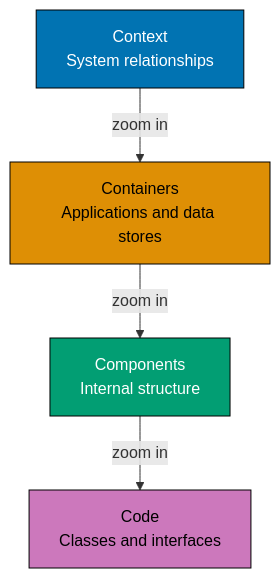
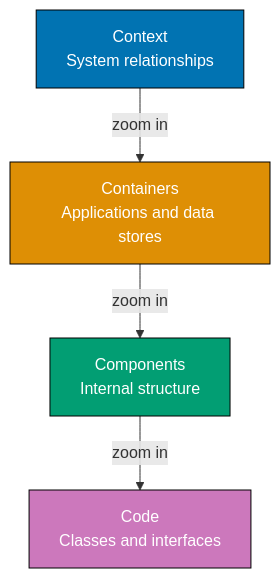
The first of 30 diagrams in apps/ayokoding-web/content/en/learn/software-engineering/architecture/c4-architecture-model/by-example/beginner.md (wahidyankf/open-sharia-enterprise), drawn with Mermaid before and after one commit. The commit also changed other lines of this file and 61 other files, not shown here.

First line of the commit message:
fix(ayokoding-web): quote Mermaid node labels with special characters in Example 63

````diff
--- a/apps/ayokoding-web/content/en/learn/software-engineering/architecture/c4-architecture-model/by-example/beginner.md
+++ b/apps/ayokoding-web/content/en/learn/software-engineering/architecture/c4-architecture-model/by-example/beginner.md
@@ -18,16 +18,16 @@
 ```mermaid
 graph TD
     A["Context<br/>System relationships"]
     B["Containers<br/>Applications and data stores"]
     C["Components<br/>Internal structure"]
     D["Code<br/>Classes and interfaces"]
 
     A -->|zoom in| B
     B -->|zoom in| C
     C -->|zoom in| D
 
     style A fill:#0173B2,stroke:#000,color:#fff
-    style B fill:#DE8F05,stroke:#000,color:#000
+    style B fill:#DE8F05,stroke:#000,color:#fff
     style C fill:#029E73,stroke:#000,color:#fff
-    style D fill:#CC78BC,stroke:#000,color:#000
+    style D fill:#CC78BC,stroke:#000,color:#fff
 ```
````
